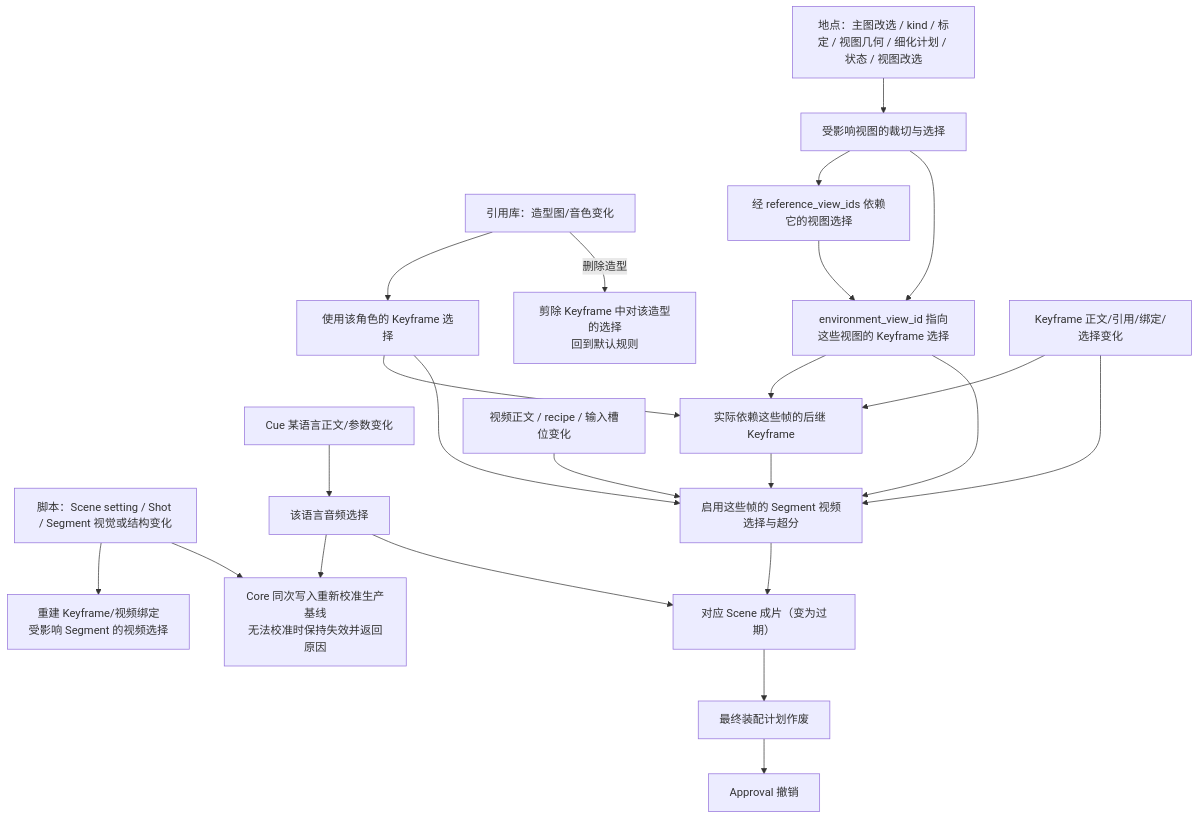
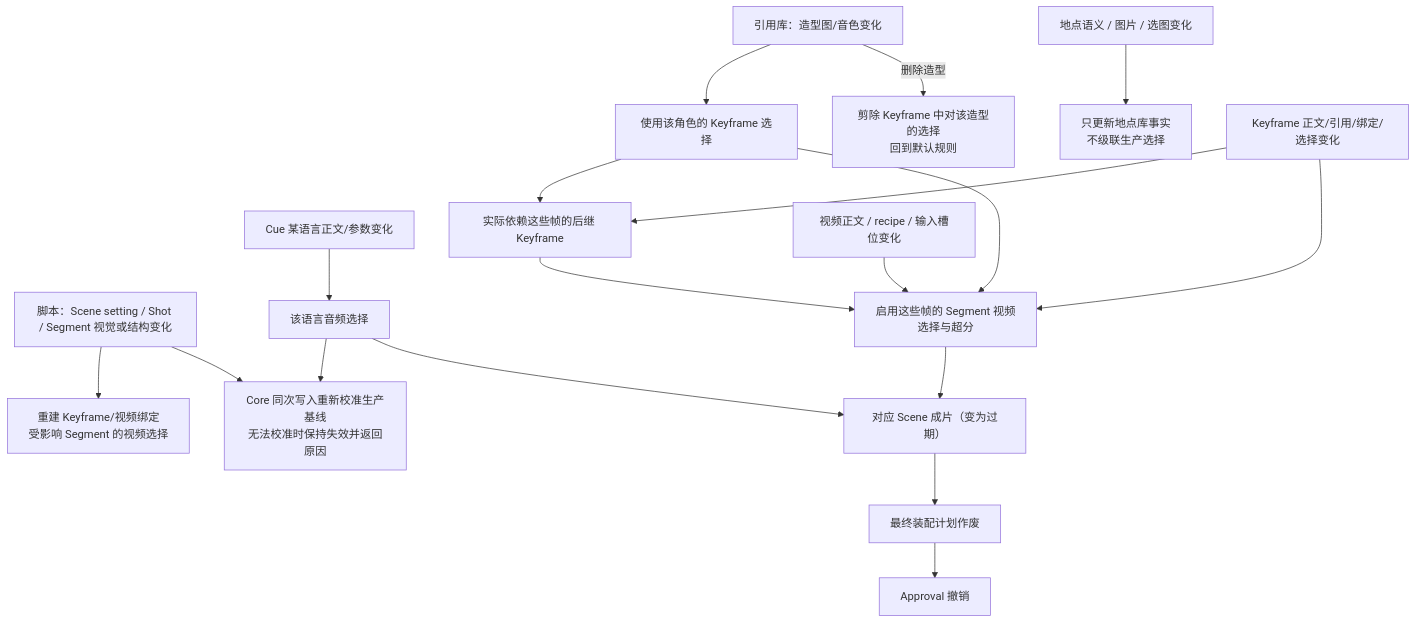
One commit to LJXLJXLJX/StoryRail changed the ninth of 10 diagrams in docs/data-flow.md. Above: the diagram before and after it, drawn with Mermaid. The commit also changed other lines of this file and 173 other files, not shown here.

````diff
--- a/docs/data-flow.md
+++ b/docs/data-flow.md
@@ -268,19 +255,17 @@
 ```mermaid
 flowchart TB
     ref[引用库：造型图/音色变化] --> kfUse[使用该角色的 Keyframe 选择]
     ref -->|删除造型| kfRef[剪除 Keyframe 中对该造型的选择<br/>回到默认规则]
-    loc[地点：主图改选 / kind / 标定 / 视图几何 / 细化计划 / 状态 / 视图改选] --> viewSel[受影响视图的裁切与选择]
-    viewSel --> viewDep[经 reference_view_ids 依赖它的视图选择]
-    viewSel & viewDep --> kfEnv[environment_view_id 指向这些视图的 Keyframe 选择]
+    loc[地点语义 / 图片 / 选图变化] --> locOnly[只更新地点库事实<br/>不级联生产选择]
     script[脚本：Scene setting / Shot / Segment 视觉或结构变化] --> rebuild[重建 Keyframe/视频绑定<br/>受影响 Segment 的视频选择]
     script --> base[Core 同次写入重新校准生产基线<br/>无法校准时保持失效并返回原因]
     cueEdit[Cue 某语言正文/参数变化] --> cueSel[该语言音频选择] --> base
-    kfUse & kfEnv --> kfDep[实际依赖这些帧的后继 Keyframe]
+    kfUse --> kfDep[实际依赖这些帧的后继 Keyframe]
     kf[Keyframe 正文/引用/绑定/选择变化] --> kfDep
-    kfEnv & kfUse & kf & kfDep --> vid[启用这些帧的 Segment 视频选择与超分]
+    kfUse & kf & kfDep --> vid[启用这些帧的 Segment 视频选择与超分]
     vplan[视频正文 / recipe / 输入槽位变化] --> vid
     vid --> sf[对应 Scene 成片（变为过期）]
     cueSel --> sf
     sf --> fa[最终装配计划作废]
     fa --> ap[Approval 撤销]
 ```
````
